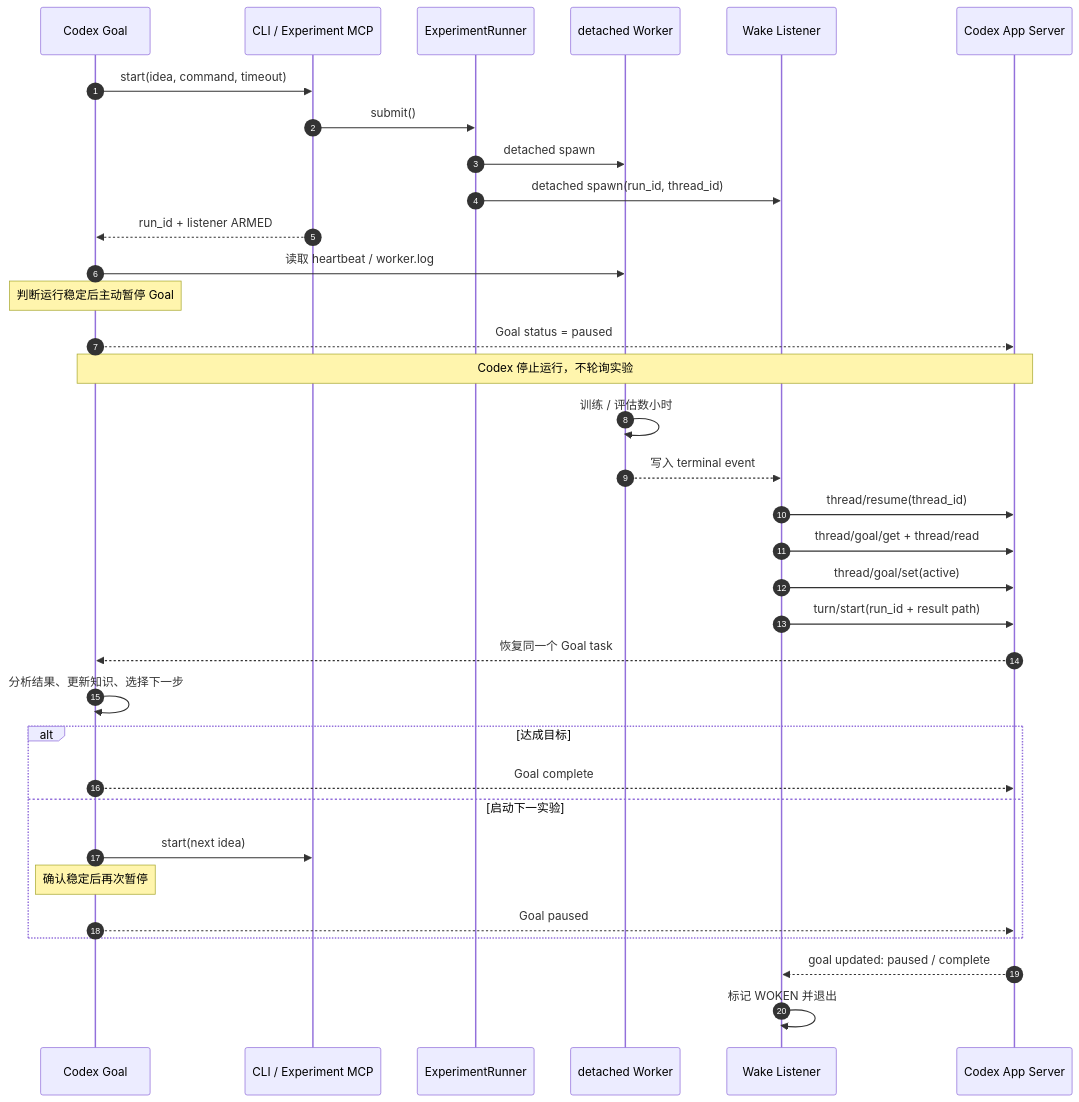
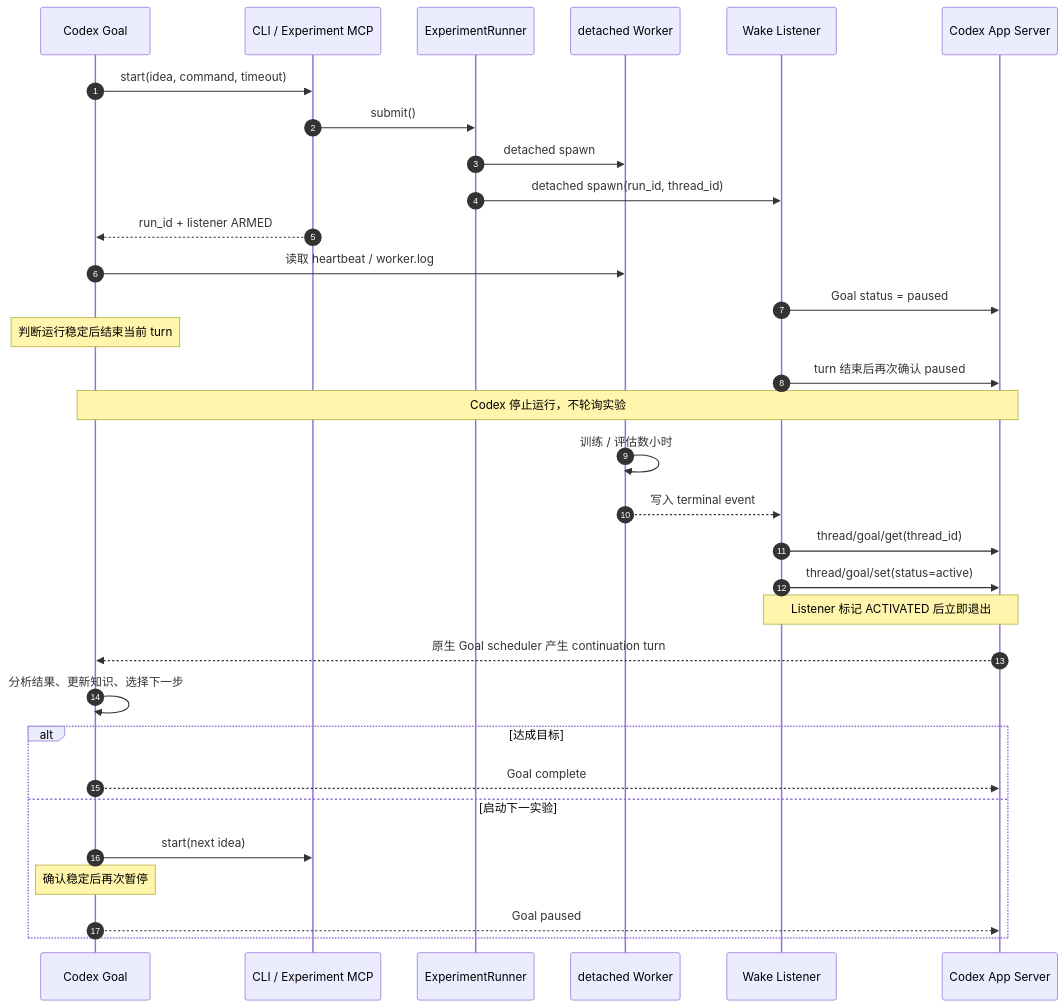
The third of 4 diagrams in docs/CODEX_AUTO_RESEARCH_AGENT_DESIGN.md (dollarser/codex-auto-research), drawn with Mermaid before and after one commit. The commit also changed other lines of this file and 21 other files, not shown here.

````diff
--- a/docs/CODEX_AUTO_RESEARCH_AGENT_DESIGN.md
+++ b/docs/CODEX_AUTO_RESEARCH_AGENT_DESIGN.md
@@ -102,37 +142,35 @@
 ```mermaid
 sequenceDiagram
     autonumber
     participant G as Codex Goal
     participant API as CLI / Experiment MCP
     participant R as ExperimentRunner
     participant W as detached Worker
     participant L as Wake Listener
     participant A as Codex App Server
 
     G->>API: start(idea, command, timeout)
     API->>R: submit()
     R->>W: detached spawn
     R->>L: detached spawn(run_id, thread_id)
     API-->>G: run_id + listener ARMED
     G->>W: 读取 heartbeat / worker.log
-    Note over G: 判断运行稳定后主动暂停 Goal
-    G-->>A: Goal status = paused
+    L->>A: Goal status = paused
+    Note over G: 判断运行稳定后结束当前 turn
+    L->>A: turn 结束后再次确认 paused
     Note over G,A: Codex 停止运行，不轮询实验
     W->>W: 训练 / 评估数小时
     W-->>L: 写入 terminal event
-    L->>A: thread/resume(thread_id)
-    L->>A: thread/goal/get + thread/read
-    L->>A: thread/goal/set(active)
-    L->>A: turn/start(run_id + result path)
-    A-->>G: 恢复同一个 Goal task
+    L->>A: thread/goal/get(thread_id)
+    L->>A: thread/goal/set(status=active)
+    Note over L,A: Listener 标记 ACTIVATED 后立即退出
+    A-->>G: 原生 Goal scheduler 产生 continuation turn
     G->>G: 分析结果、更新知识、选择下一步
     alt 达成目标
         G-->>A: Goal complete
     else 启动下一实验
         G->>API: start(next idea)
         Note over G: 确认稳定后再次暂停
         G-->>A: Goal paused
     end
-    A-->>L: goal updated: paused / complete
-    L->>L: 标记 WOKEN 并退出
 ```
````
